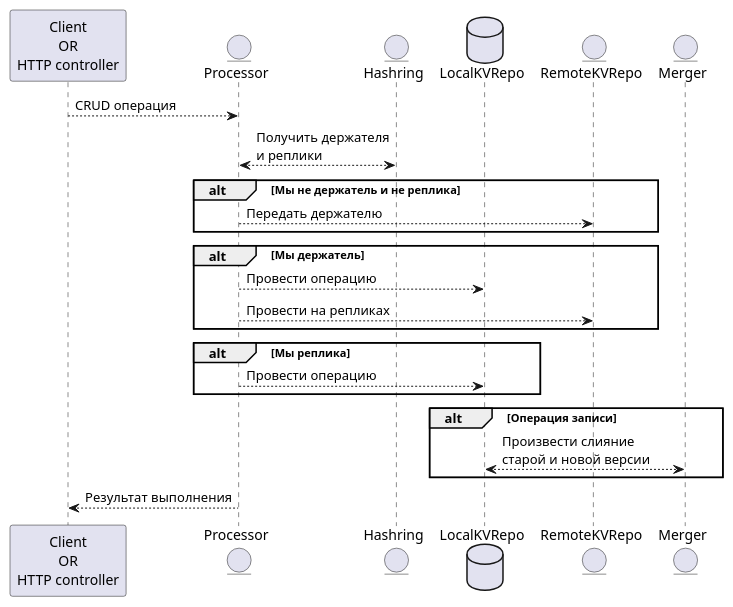
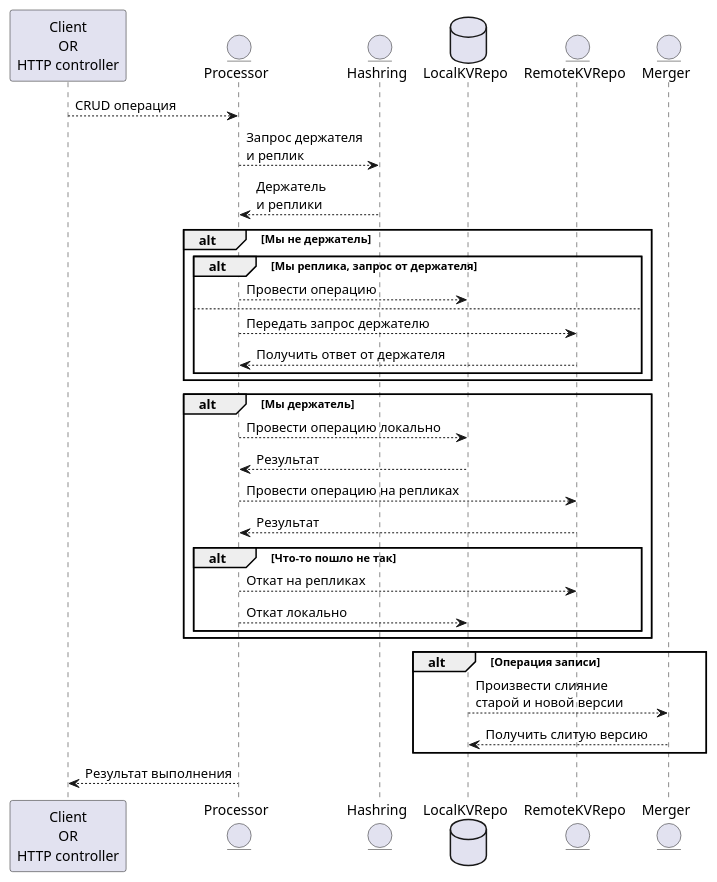
The diagram in docs/src/seq.puml (horockey/dkv), drawn with PlantUML before and after one commit. The commit also changed 3 other files, not shown here.

```diff
--- a/docs/src/seq.puml
+++ b/docs/src/seq.puml
@@ -1,28 +1,40 @@
 @startuml seq
 Participant "Client\nOR\nHTTP controller" as CL
 Entity Processor
 Entity Hashring
 Database LocalKVRepo
 Entity RemoteKVRepo
 Entity Merger
 
 CL --> Processor: CRUD операция
-Processor <--> Hashring: Получить держателя\nи реплики
+Processor --> Hashring: Запрос держателя\nи реплик
+Processor <-- Hashring: Держатель\nи реплики
 
-alt Мы не держатель и не реплика
-    Processor --> RemoteKVRepo: Передать держателю
+alt Мы не держатель
+    alt Мы реплика, запрос от держателя
+        Processor --> LocalKVRepo: Провести операцию
+    else
+        Processor --> RemoteKVRepo: Передать запрос держателю
+        Processor <-- RemoteKVRepo: Получить ответ от держателя
+    end
 end
 alt Мы держатель
-    Processor --> LocalKVRepo: Провести операцию
-    Processor --> RemoteKVRepo: Провести на репликах
-end
-alt Мы реплика
-    Processor --> LocalKVRepo: Провести операцию
+    Processor --> LocalKVRepo: Провести операцию локально
+    Processor <-- LocalKVRepo: Результат
+    Processor --> RemoteKVRepo: Провести операцию на репликах
+    Processor <-- RemoteKVRepo: Результат
+    alt Что-то пошло не так
+        Processor --> RemoteKVRepo: Откат на репликах
+        Processor --> LocalKVRepo: Откат локально
+
+    end
 end
 
+
 alt Операция записи
-    LocalKVRepo <--> Merger: Произвести слияние\nстарой и новой версии
+    LocalKVRepo --> Merger: Произвести слияние\nстарой и новой версии
+    LocalKVRepo <-- Merger: Получить слитую версию
 end
 
 CL <-- Processor: Результат выполнения
 @enduml
```
